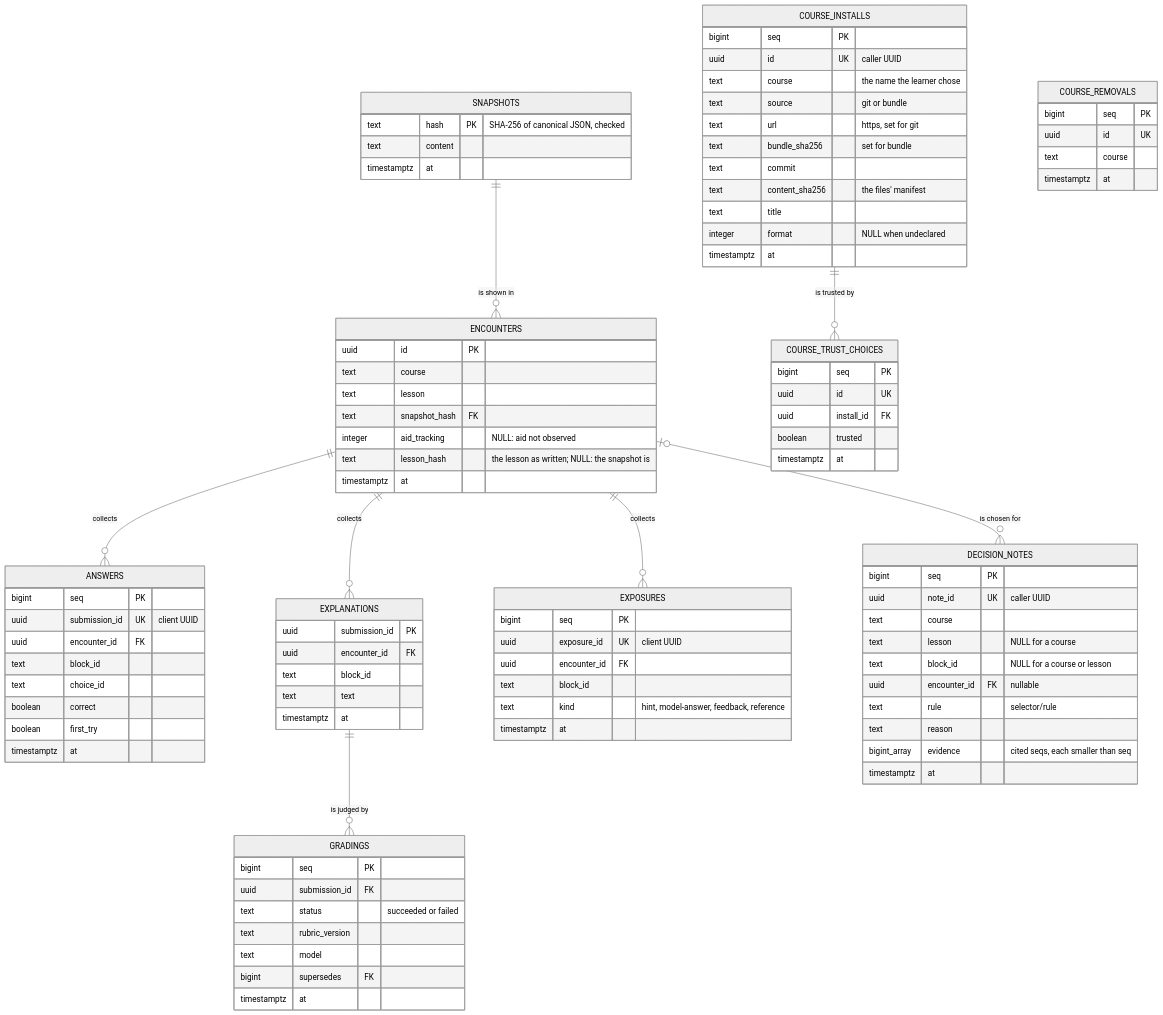
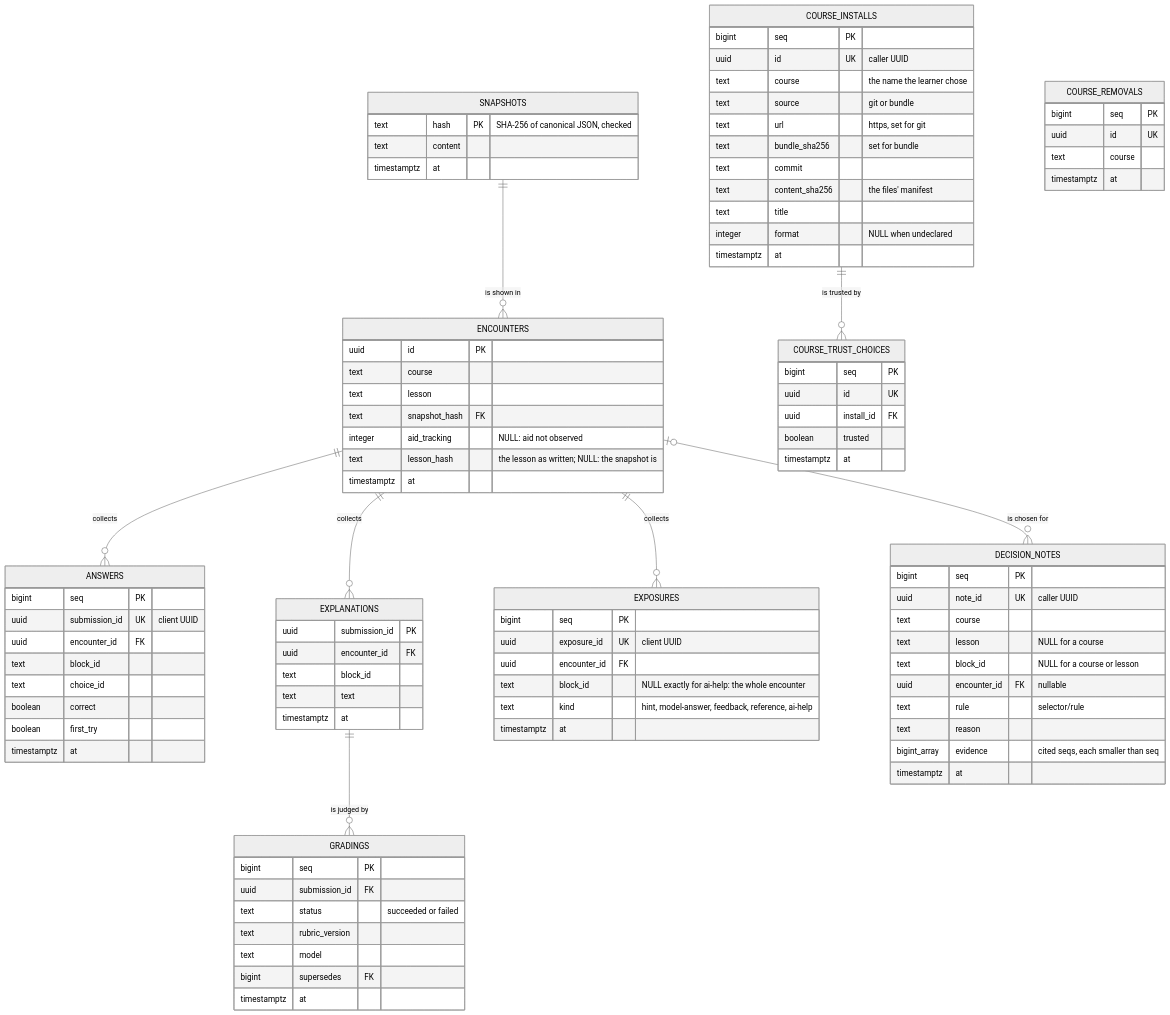
The third of 4 diagrams in docs/topics/architecture/README.md (flyingrobots/school), drawn with Mermaid (neutral theme) before and after one commit. The commit also changed other lines of this file and 3 other files, not shown here.

First line of the commit message:
Describe help for a whole encounter as the rule for model-written help

```diff
--- a/docs/topics/architecture/README.md
+++ b/docs/topics/architecture/README.md
@@ -372,8 +384,8 @@
         bigint seq PK
         uuid exposure_id UK "client UUID"
         uuid encounter_id FK
-        text block_id
-        text kind "hint, model-answer, feedback, reference"
+        text block_id "NULL exactly for ai-help: the whole encounter"
+        text kind "hint, model-answer, feedback, reference, ai-help"
         timestamptz at
     }
     ENCOUNTERS |o--o{ DECISION_NOTES : "is chosen for"
```
